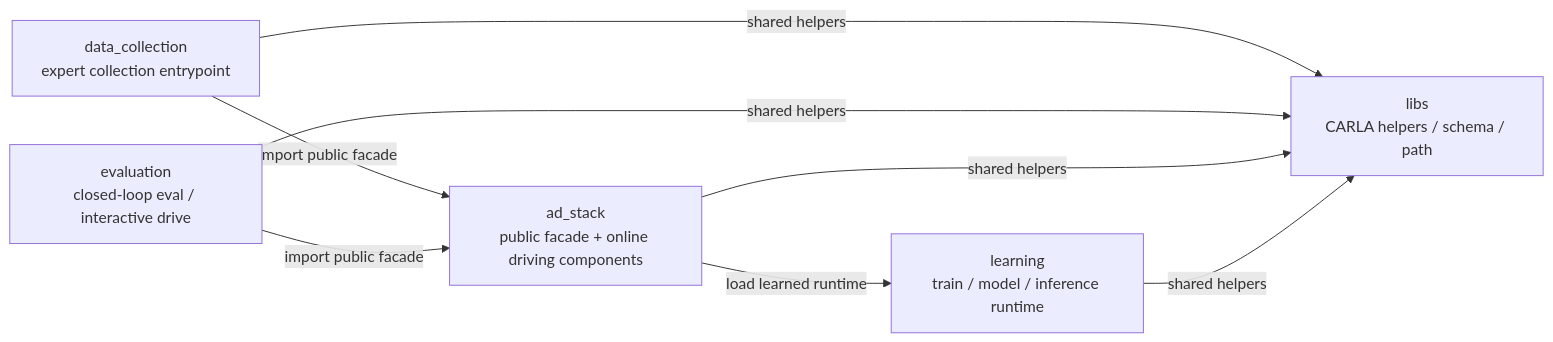
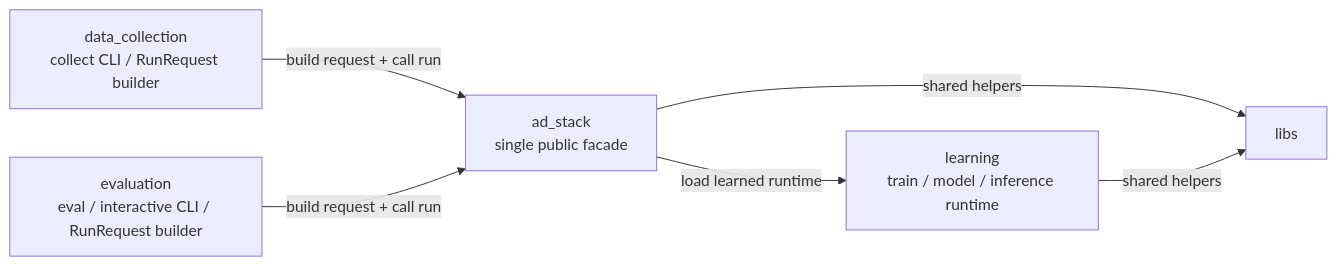
One commit to masahiro-kubota/carla_alpamayo changed the first of 2 diagrams in docs/DIRECTORY_RELATIONSHIPS.md. Above: the diagram before and after it, drawn with Mermaid. The commit also changed other lines of this file and 8 other files, not shown here.

Commit message:
refactor: route collection and evaluation through ad stack run

````diff
--- a/docs/DIRECTORY_RELATIONSHIPS.md
+++ b/docs/DIRECTORY_RELATIONSHIPS.md
@@ -18,11 +18,9 @@
 ```mermaid
 flowchart LR
-  data_collection["data_collection<br/>expert collection entrypoint"] -->|import public facade| ad_stack["ad_stack<br/>public facade + online driving components"]
-  evaluation["evaluation<br/>closed-loop eval / interactive drive"] -->|import public facade| ad_stack
+  data_collection["data_collection<br/>collect CLI / RunRequest builder"] -->|build request + call run| ad_stack["ad_stack<br/>single public facade"]
+  evaluation["evaluation<br/>eval / interactive CLI / RunRequest builder"] -->|build request + call run| ad_stack
   ad_stack -->|load learned runtime| learning["learning<br/>train / model / inference runtime"]
 
-  data_collection -->|shared helpers| libs["libs<br/>CARLA helpers / schema / path"]
-  evaluation -->|shared helpers| libs
   ad_stack -->|shared helpers| libs
   learning -->|shared helpers| libs
 ```
````
